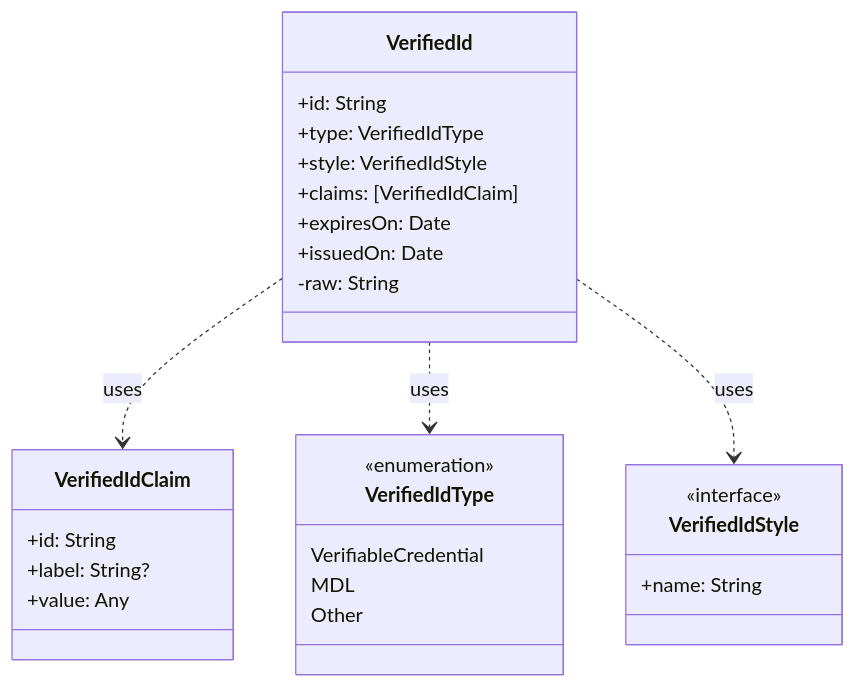
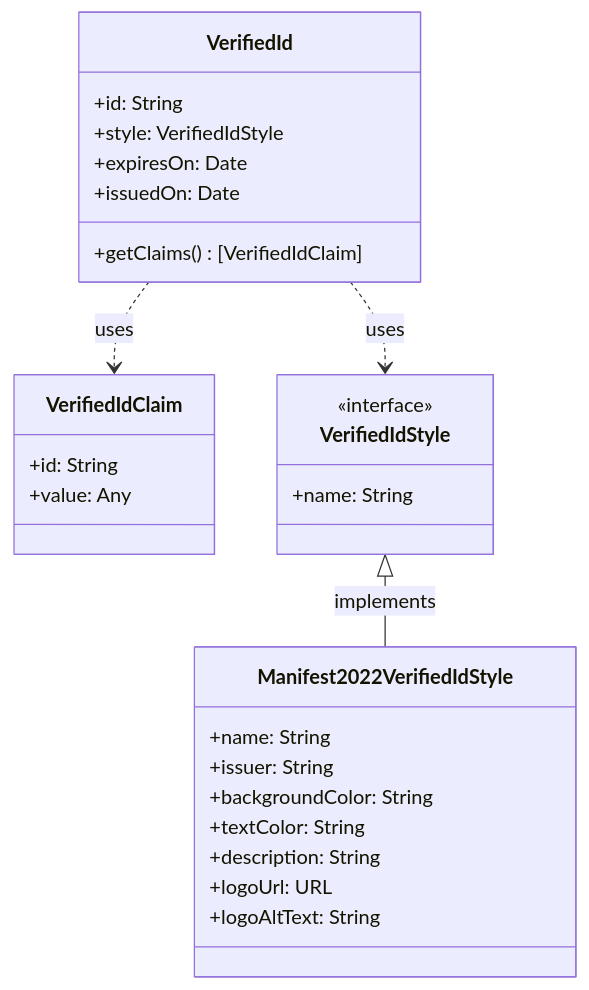
One commit to microsoft/entra-verifiedid-wallet-library-ios changed the third of 3 diagrams in Docs/LibraryArchitecture.md. Above: the diagram before and after it, drawn with Mermaid. The commit also changed other lines of this file, not shown here.

````diff
--- a/Docs/LibraryArchitecture.md
+++ b/Docs/LibraryArchitecture.md
@@ -132,33 +154,33 @@
 ```mermaid
 classDiagram
 VerifiedId ..> VerifiedIdClaim: uses
-VerifiedId ..> VerifiedIdType: uses
 VerifiedId ..> VerifiedIdStyle: uses
+VerifiedIdStyle <|-- Manifest2022VerifiedIdStyle: implements
 class VerifiedId {
     +id: String
-    +type: VerifiedIdType
     +style: VerifiedIdStyle
-    +claims: [VerifiedIdClaim]
     +expiresOn: Date
     +issuedOn: Date
-    -raw: String
-}
-
-<<enumeration>> VerifiedIdType
-class VerifiedIdType {
-    VerifiableCredential
-    MDL
-    Other
+    +getClaims() [VerifiedIdClaim]
 }
 
 <<interface>> VerifiedIdStyle
 class VerifiedIdStyle {
     +name: String
 }
 
+class Manifest2022VerifiedIdStyle {
+    +name: String
+    +issuer: String
+    +backgroundColor: String
+    +textColor: String
+    +description: String
+    +logoUrl: URL
+    +logoAltText: String
+}
+
 class VerifiedIdClaim {
     +id: String
-    +label: String?
     +value: Any
 }
 ```
````
